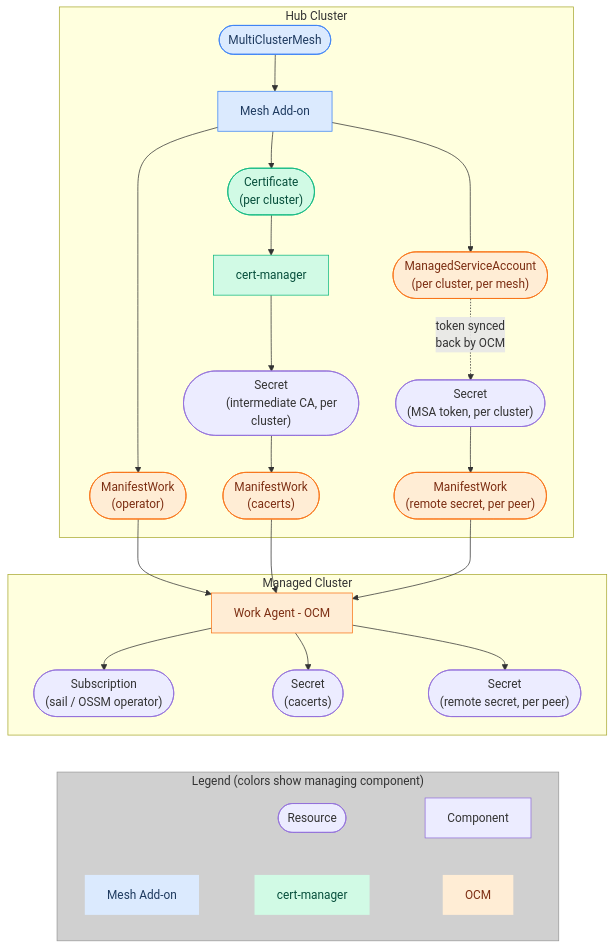
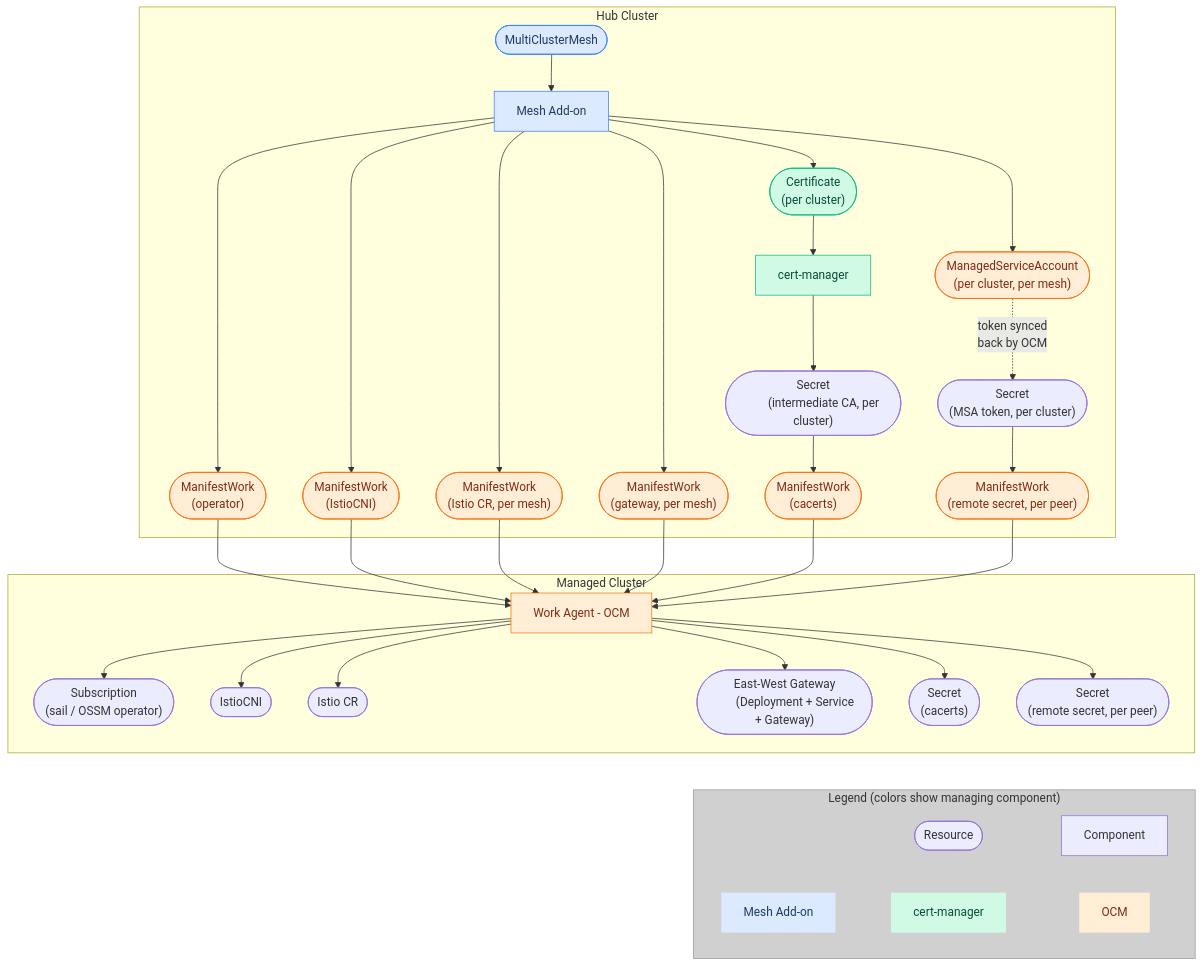
Before and after one commit to stolostron/multicluster-mesh-addon: the diagram in docs/design.md, drawn with Mermaid. The commit also changed other lines of this file and 24 other files, not shown here.

First line of the commit message:
Automate Istio control plane distribution via ManifestWork

````diff
--- a/docs/design.md
+++ b/docs/design.md
@@ -36,61 +39,74 @@
 ```mermaid
 flowchart TD
     subgraph Hub Cluster
         mesh([MultiClusterMesh]) --> addon[Mesh Add-on]
         addon --> cert(["Certificate
         (per cluster)"])
         cert --> certmanager[cert-manager]
         addon --> msa(["ManagedServiceAccount
         (per cluster, per mesh)"])
         certmanager --> casecret(["Secret
         (intermediate CA, per cluster)"])
         msa -.->|"token synced
         back by OCM"| tokensecret(["Secret
         (MSA token, per cluster)"])
         addon --> mw_operator(["ManifestWork
         (operator)"])
+        addon --> mw_cni(["ManifestWork
+        (IstioCNI)"])
+        addon --> mw_cp(["ManifestWork
+        (Istio CR, per mesh)"])
+        addon --> mw_gw(["ManifestWork
+        (gateway, per mesh)"])
         casecret --> mw_cacerts(["ManifestWork
         (cacerts)"])
         tokensecret --> mw_remote(["ManifestWork
         (remote secret, per peer)"])
     end
 
     subgraph Managed Cluster
         agent[Work Agent - OCM] --> subscription(["Subscription
         (sail / OSSM operator)"])
+        agent --> istiocni(["IstioCNI"])
+        agent --> istiocr(["Istio CR"])
+        agent --> gw(["East-West Gateway
+        (Deployment + Service + Gateway)"])
         agent --> cacerts(["Secret
         (cacerts)"])
         agent --> remotesecret(["Secret
         (remote secret, per peer)"])
     end
 
     mw_operator --> agent
+    mw_cni --> agent
+    mw_cp --> agent
+    mw_gw --> agent
     mw_cacerts --> agent
     mw_remote --> agent
 
     subgraph Legend[Legend #40;colors show managing component#41;]
         L1([Resource]) ~~~ L2[Component]
         C1[Mesh Add-on]:::addon ~~~ C2[cert-manager]:::certmgr ~~~ C3[OCM]:::ocm
     end
 
     %% fake link to make legend centered
     cacerts ~~~ Legend
 
     style Legend fill:#d0d0d0,stroke:#999,color:#333
     style C1 stroke:none
     style C2 stroke:none
     style C3 stroke:none
 
     %% Mesh Add-on managed (blue)
     classDef addon fill:#dbeafe,stroke:#3b82f6,color:#1e3a5f
     class addon,mesh addon
 
     %% cert-manager managed (green)
     classDef certmgr fill:#d1fae5,stroke:#10b981,color:#064e3b
     class certmanager,cert certmgr
 
     %% OCM managed (orange)
     classDef ocm fill:#ffedd5,stroke:#f97316,color:#7c2d12
-    class agent,msa,mw_operator,mw_cacerts,mw_remote ocm
+    class agent,msa,mw_operator,mw_cni,mw_cp,mw_gw,mw_cacerts,mw_remote ocm
 
 ```
````
